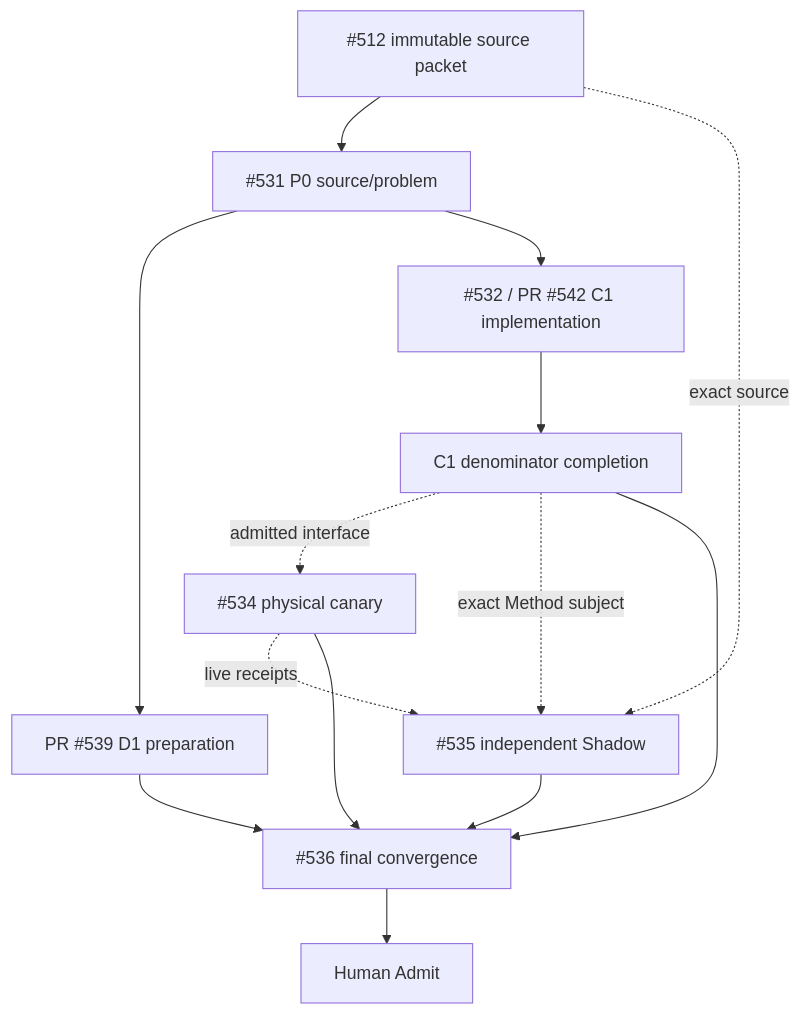
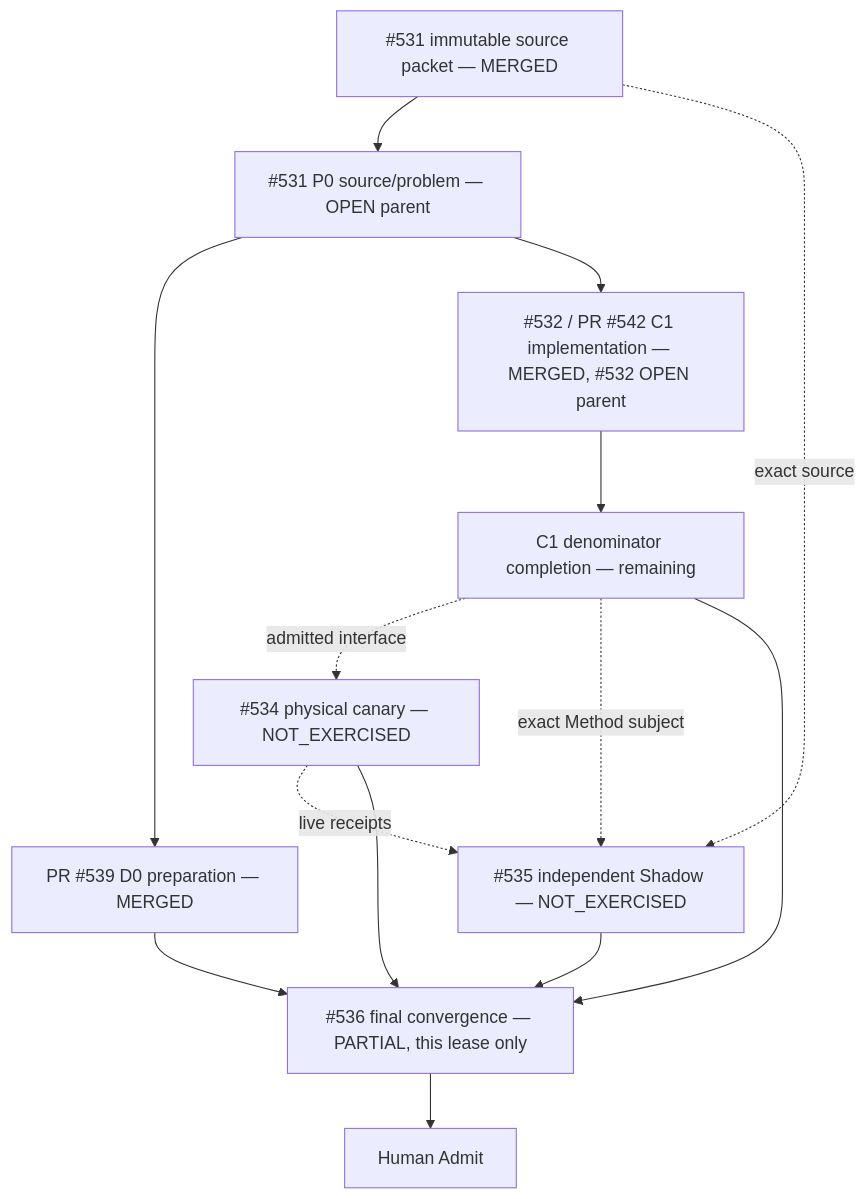
Before and after one commit to ed3c/skills-shared: the second of 2 diagrams in docs/traceability/git-at-any-scale/README.md, drawn with Mermaid. The commit also changed other lines of this file and 4 other files, not shown here.

````diff
--- a/docs/traceability/git-at-any-scale/README.md
+++ b/docs/traceability/git-at-any-scale/README.md
@@ -96,16 +88,16 @@
 ```mermaid
 flowchart TD
-    SRC[#512 immutable source packet] --> P0[#531 P0 source/problem]
-    P0 --> PREP[PR #539 D1 preparation]
-    P0 --> C1[#532 / PR #542 C1 implementation]
-    C1 --> GAP[C1 denominator completion]
-    GAP -. admitted interface .-> L1[#534 physical canary]
-    SRC -. exact source .-> S1[#535 independent Shadow]
+    SRC[#531 immutable source packet — MERGED] --> P0[#531 P0 source/problem — OPEN parent]
+    P0 --> PREP[PR #539 D0 preparation — MERGED]
+    P0 --> C1[#532 / PR #542 C1 implementation — MERGED, #532 OPEN parent]
+    C1 --> GAP[C1 denominator completion — remaining]
+    GAP -. admitted interface .-> L1[#534 physical canary — NOT_EXERCISED]
+    SRC -. exact source .-> S1[#535 independent Shadow — NOT_EXERCISED]
     GAP -. exact Method subject .-> S1
     L1 -. live receipts .-> S1
-    PREP --> D1[#536 final convergence]
+    PREP --> D1[#536 final convergence — PARTIAL, this lease only]
     GAP --> D1
     L1 --> D1
     S1 --> D1
     D1 --> H[Human Admit]
 ```
````
